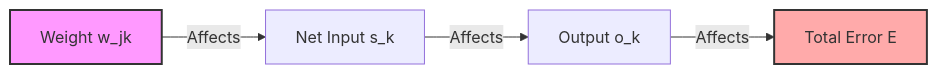
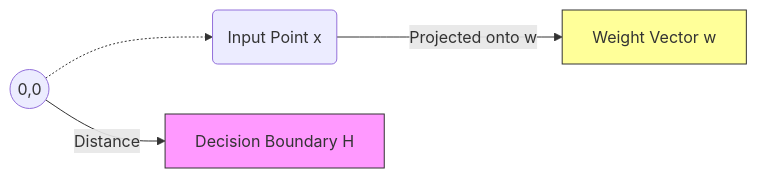
Before and after one commit to mbeps/personal-portfolio: diagram 11 of 37 in public/blogs/back-propagation/blog.md, drawn with Mermaid. The commit also changed other lines of this file, not shown here.

````diff
--- a/public/blogs/back-propagation/blog.md
+++ b/public/blogs/back-propagation/blog.md
@@ -200,9 +477,13 @@
 ```mermaid
 graph LR
-    W[Weight w_jk] -->|Affects| S[Net Input s_k]
-    S -->|Affects| O[Output o_k]
-    O -->|Affects| E[Total Error E]
+    Origin((0,0))
+    PointX(Input Point x)
+    Hyperplane[Decision Boundary H]
     
-    style W fill:#f9f,stroke:#333,stroke-width:2px
-    style E fill:#faa,stroke:#333,stroke-width:2px
+    Origin -.-> PointX
+    PointX -- "Projected onto w" --> W[Weight Vector w]
+    Origin -- "Distance" --> Hyperplane
+    
+    style W fill:#ff9,stroke:#333
+    style Hyperplane fill:#f9f,stroke:#333
 ```
````
